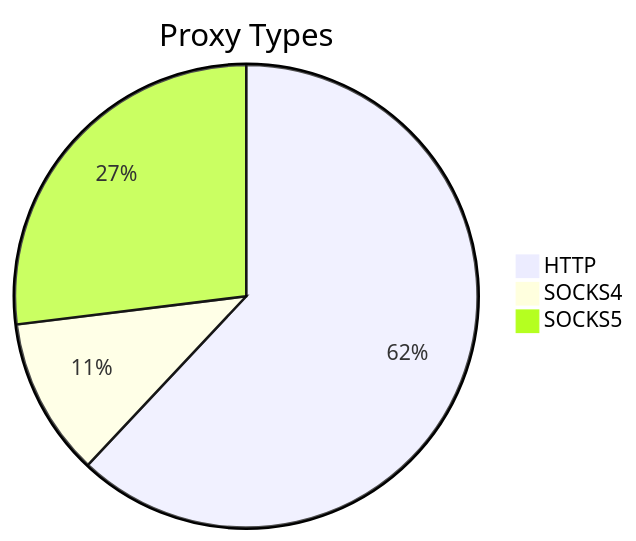
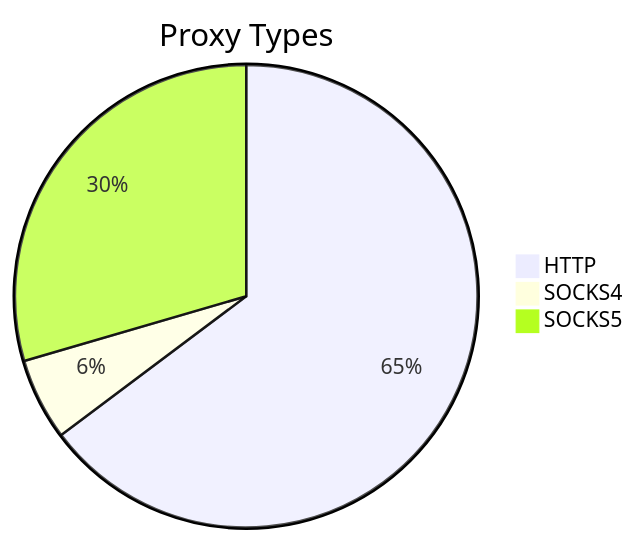
One commit to stormsia/proxy-list changed the first of 2 diagrams in README.md. Above: the diagram before and after it, drawn with Mermaid. The commit also changed other lines of this file, not shown here.

````diff
--- a/README.md
+++ b/README.md
@@ -21,6 +21,6 @@
 ```mermaid
 pie title Proxy Types
-    "HTTP" : 398
-    "SOCKS4" : 71
-    "SOCKS5" : 173
+    "HTTP" : 373
+    "SOCKS4" : 33
+    "SOCKS5" : 170
 ```
````
